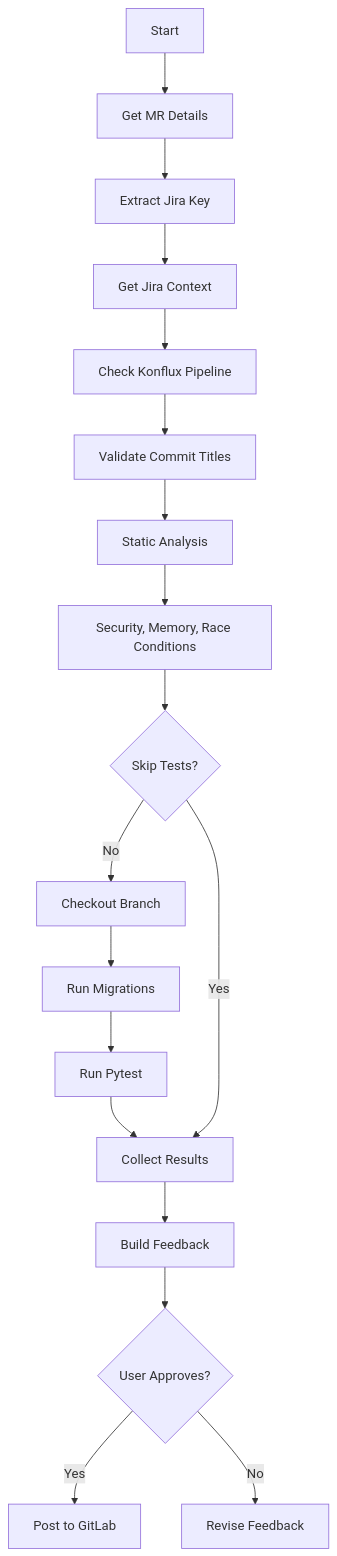
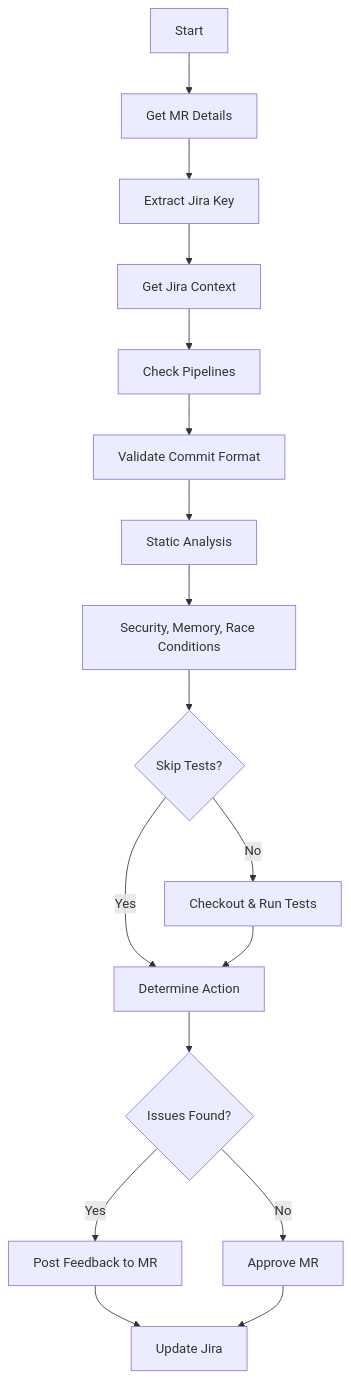
Before and after one commit to dmzoneill/redhat-ai-workflow: the eighth of 19 diagrams in README.md, drawn with Mermaid. The commit also changed other lines of this file and 3 other files, not shown here.

First line of the commit message:
feat: Auto-approve/feedback for PR review + batch review skill

````diff
--- a/README.md
+++ b/README.md
@@ -445,20 +452,19 @@
 ```mermaid
 flowchart TD
     A[Start] --> B[Get MR Details]
     B --> C[Extract Jira Key]
     C --> D[Get Jira Context]
-    D --> E[Check Konflux Pipeline]
-    E --> F[Validate Commit Titles]
+    D --> E[Check Pipelines]
+    E --> F[Validate Commit Format]
     F --> G[Static Analysis]
     G --> H["Security, Memory, Race Conditions"]
     H --> I{Skip Tests?}
-    I -->|No| J[Checkout Branch]
-    J --> K[Run Migrations]
-    K --> L[Run Pytest]
-    L --> M[Collect Results]
-    I -->|Yes| M
-    M --> N[Build Feedback]
-    N --> O{User Approves?}
-    O -->|Yes| P[Post to GitLab]
-    O -->|No| Q[Revise Feedback]
+    I -->|No| J[Checkout & Run Tests]
+    I -->|Yes| K
+    J --> K[Determine Action]
+    K --> L{Issues Found?}
+    L -->|Yes| M[Post Feedback to MR]
+    L -->|No| N[Approve MR]
+    M --> O[Update Jira]
+    N --> O
 ```
````
